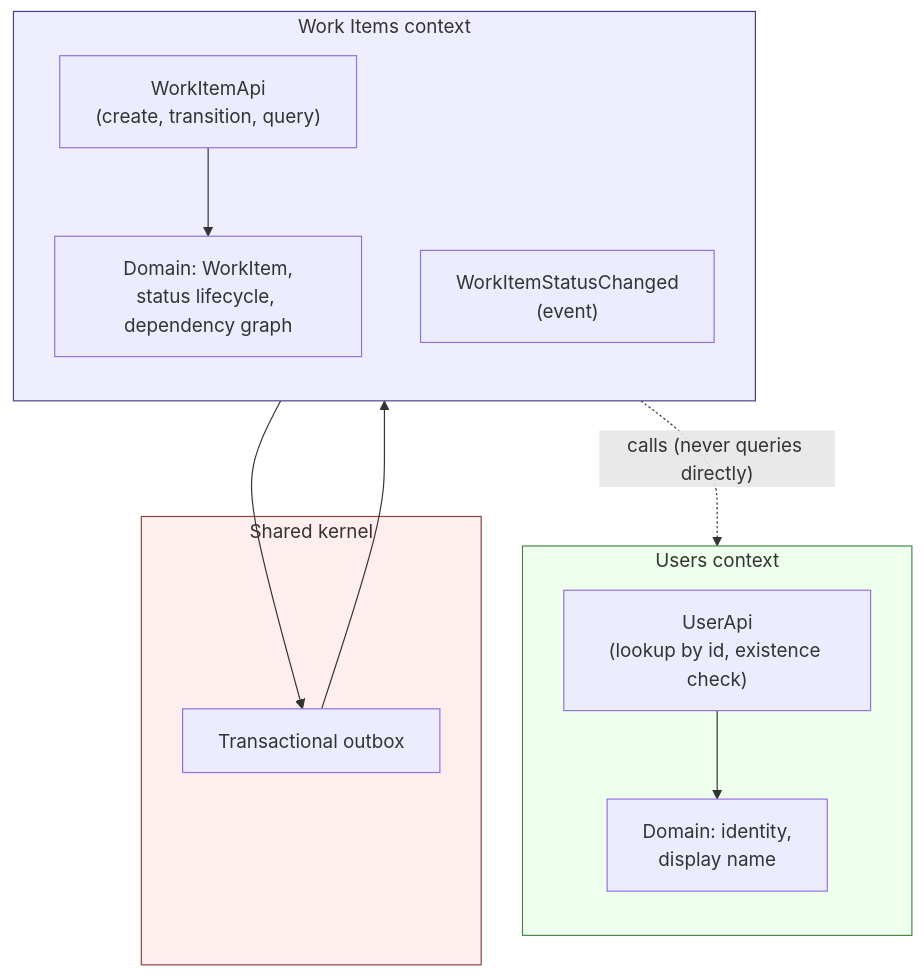
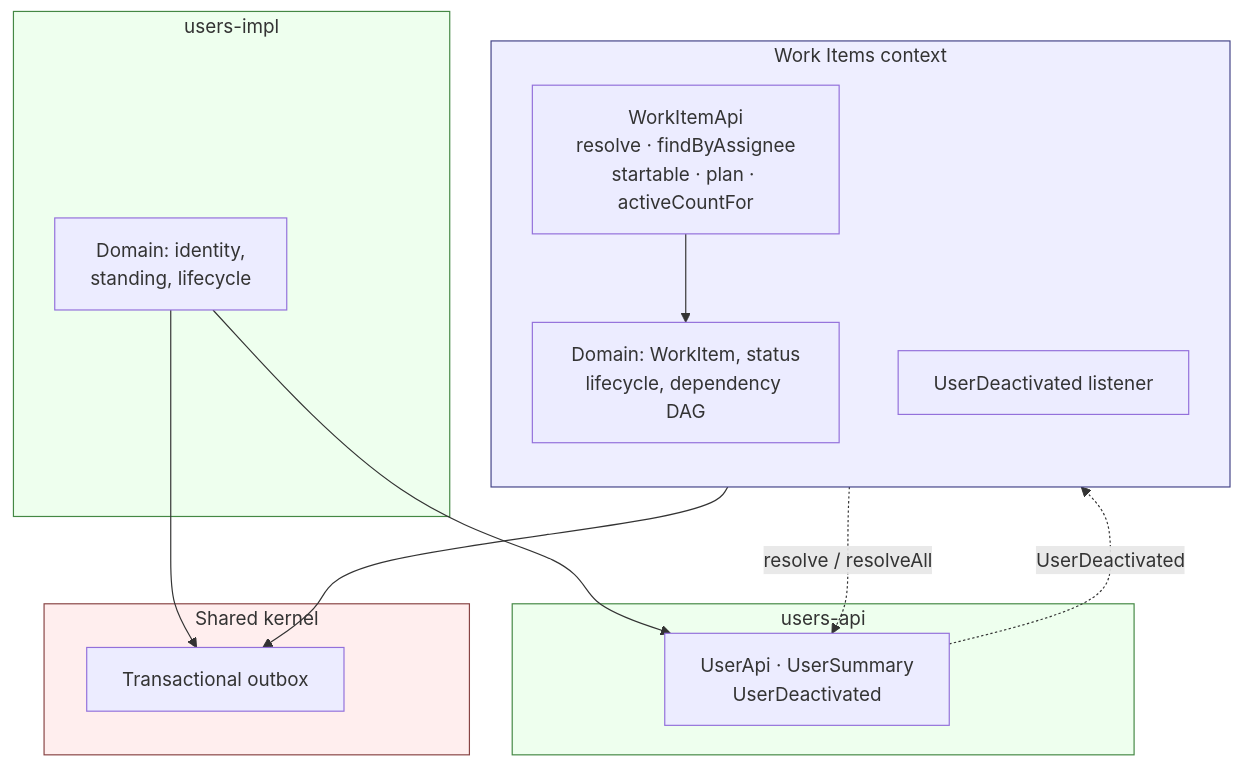
Before and after one commit to a-gechev/work-item-service: the diagram in README.md, drawn with Mermaid. The commit also changed other lines of this file and 8 other files, not shown here.

````diff
--- a/README.md
+++ b/README.md
@@ -23,29 +24,33 @@
 ```mermaid
 flowchart TB
     subgraph WorkItems["Work Items context"]
         direction TB
-        WI_API["WorkItemApi<br/>(create, transition, query)"]
-        WI_DOMAIN["Domain: WorkItem,<br/>status lifecycle, dependency graph"]
-        WI_EVENT["WorkItemStatusChanged<br/>(event)"]
+        WI_API["WorkItemApi<br/>resolve · findByAssignee<br/>startable · plan · activeCountFor"]
+        WI_DOMAIN["Domain: WorkItem, status<br/>lifecycle, dependency DAG"]
+        WI_LISTENER["UserDeactivated listener"]
     end
 
-    subgraph Users["Users context"]
-        direction TB
-        U_API["UserApi<br/>(lookup by id, existence check)"]
-        U_DOMAIN["Domain: identity,<br/>display name"]
+    subgraph UsersApi["users-api"]
+        U_API["UserApi · UserSummary<br/>UserDeactivated"]
+    end
+
+    subgraph UsersImpl["users-impl"]
+        U_DOMAIN["Domain: identity,<br/>standing, lifecycle"]
     end
 
     subgraph Shared["Shared kernel"]
         OUTBOX["Transactional outbox"]
     end
 
     WI_API --> WI_DOMAIN
-    U_API --> U_DOMAIN
-    WI_DOMAIN -. "calls (never queries directly)" .-> U_API
+    U_DOMAIN --> U_API
+    WI_DOMAIN -. "resolve / resolveAll" .-> U_API
+    U_API -. "UserDeactivated" .-> WI_LISTENER
     WI_DOMAIN --> OUTBOX
-    OUTBOX --> WI_EVENT
+    U_DOMAIN --> OUTBOX
 
     style WorkItems fill:#eef,stroke:#448
-    style Users fill:#efe,stroke:#484
+    style UsersApi fill:#efe,stroke:#484
+    style UsersImpl fill:#efe,stroke:#484
     style Shared fill:#fee,stroke:#844
 ```
````
